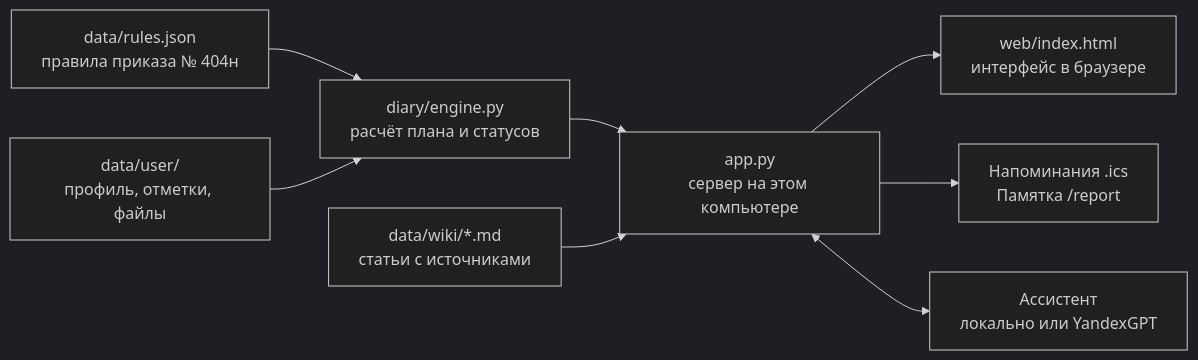
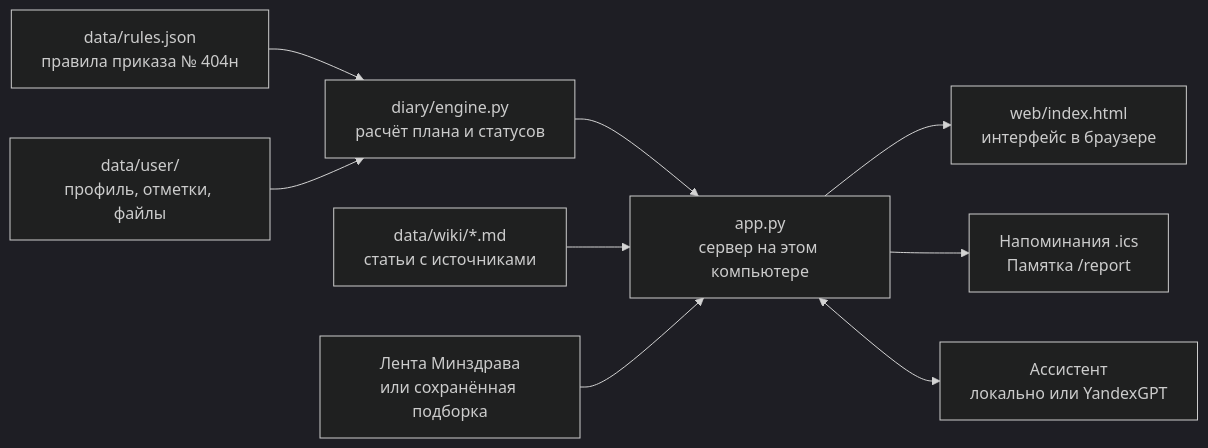
One commit to uhudaverdiev-del/Patient_diary changed the diagram in README.md. Above: the diagram before and after it, drawn with Mermaid (dark theme). The commit also changed other lines of this file, not shown here.

````diff
--- a/README.md
+++ b/README.md
@@ -133,10 +136,11 @@
 ```mermaid
 flowchart LR
     R["data/rules.json<br>правила приказа № 404н"] --> E["diary/engine.py<br>расчёт плана и статусов"]
     S["data/user/<br>профиль, отметки, файлы"] --> E
     E --> A["app.py<br>сервер на этом компьютере"]
     W["data/wiki/*.md<br>статьи с источниками"] --> A
+    N["Лента Минздрава<br>или сохранённая подборка"] --> A
     A --> UI["web/index.html<br>интерфейс в браузере"]
     A --> X["Напоминания .ics<br>Памятка /report"]
     A <--> L["Ассистент<br>локально или YandexGPT"]
 ```
````
